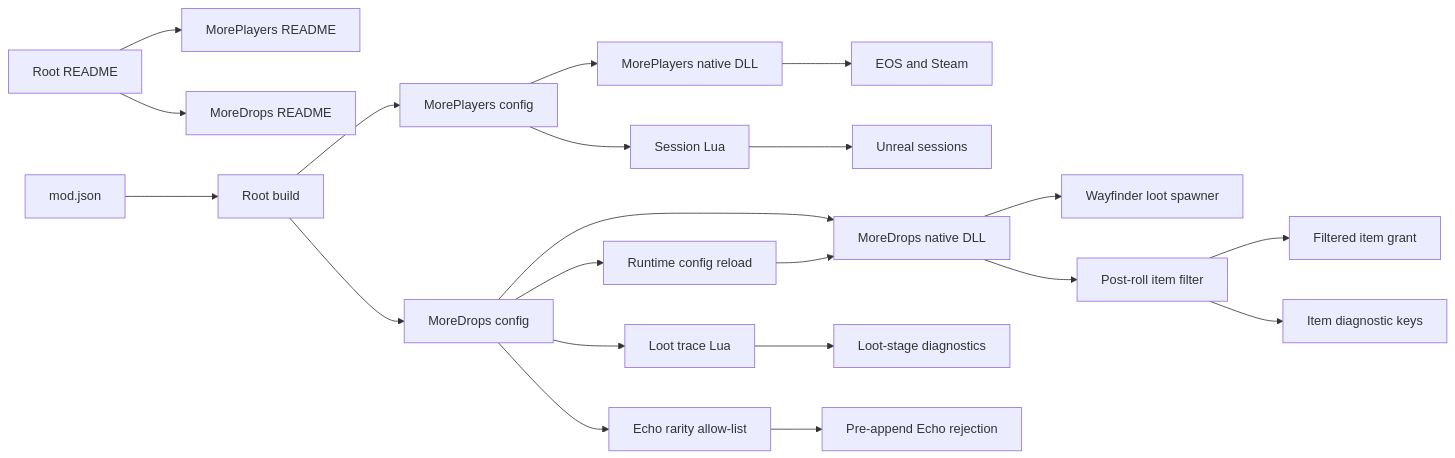
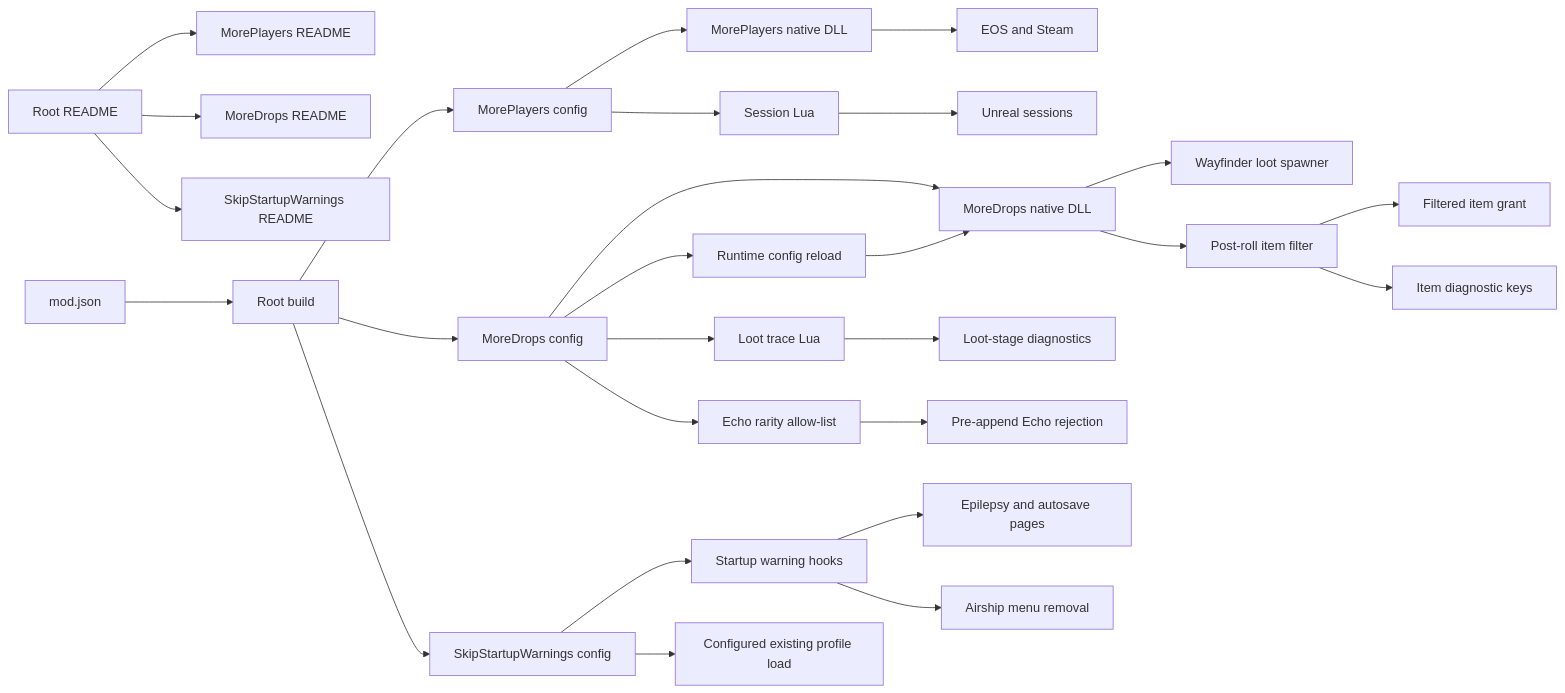
One commit to TheAngryByrd/Wayfinder-Mods changed the diagram in lode/summary.md. Above: the diagram before and after it, drawn with Mermaid. The commit also changed other lines of this file and 9 other files, not shown here.

Commit message:
Add configurable startup skip and profile auto-load

````diff
--- a/lode/summary.md
+++ b/lode/summary.md
@@ -11,23 +13,29 @@
 ```mermaid
 flowchart LR
     Catalog[Root README] --> Players[MorePlayers README]
     Catalog --> Drops[MoreDrops README]
+    Catalog --> Startup[SkipStartupWarnings README]
     Manifest[mod.json] --> Build[Root build]
     Build --> PlayersConfig[MorePlayers config]
     Build --> DropsConfig[MoreDrops config]
+    Build --> StartupConfig[SkipStartupWarnings config]
     PlayersConfig --> PlayerNative[MorePlayers native DLL]
     PlayersConfig --> SessionLua[Session Lua]
     DropsConfig --> LootNative[MoreDrops native DLL]
     DropsConfig --> ConfigReload[Runtime config reload]
     ConfigReload --> LootNative
     DropsConfig --> LootLua[Loot trace Lua]
     PlayerNative --> Online[EOS and Steam]
     SessionLua --> Unreal[Unreal sessions]
     LootNative --> Spawner[Wayfinder loot spawner]
     LootNative --> ItemFilter[Post-roll item filter]
     ItemFilter --> ItemGrant[Filtered item grant]
     DropsConfig --> EchoSetting[Echo rarity allow-list]
     EchoSetting --> EchoReject[Pre-append Echo rejection]
     ItemFilter --> ItemLog[Item diagnostic keys]
     LootLua --> Trace[Loot-stage diagnostics]
+    StartupConfig --> WarningHooks[Startup warning hooks]
+    WarningHooks --> WarningPages[Epilepsy and autosave pages]
+    WarningHooks --> MenuExit[Airship menu removal]
+    StartupConfig --> ProfileLoad[Configured existing profile load]
 ```
````
